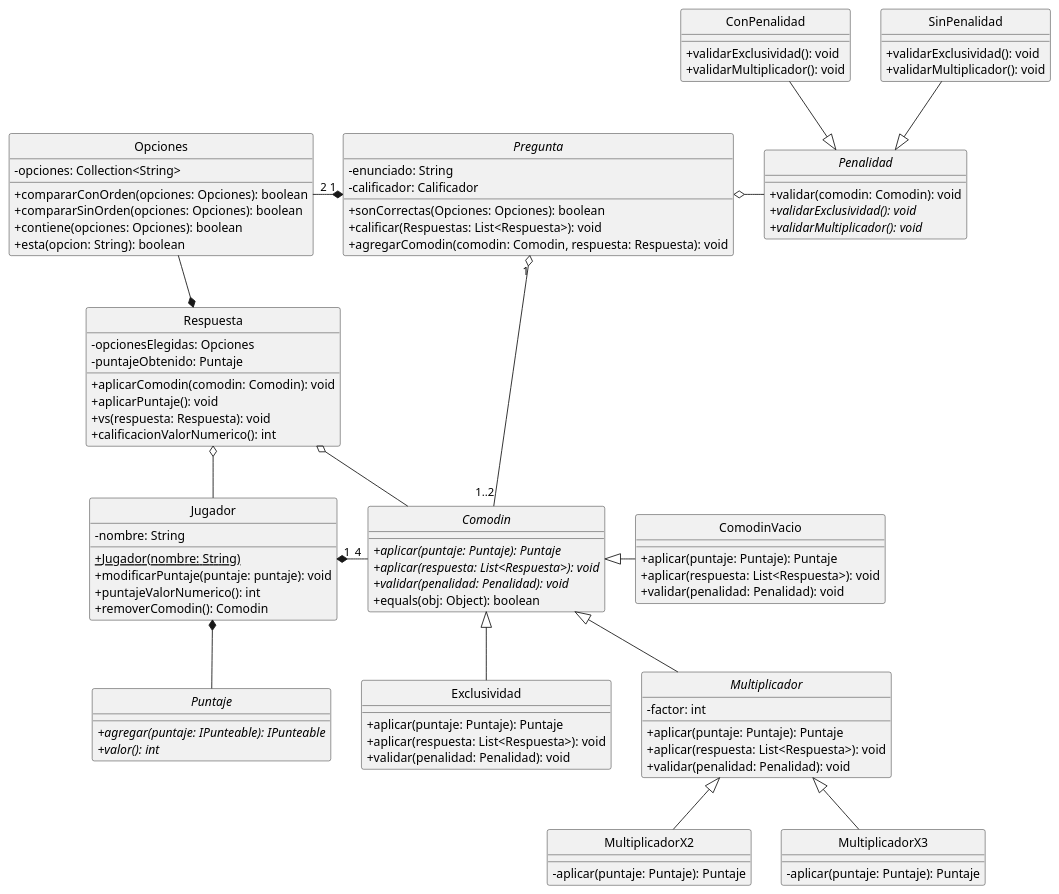
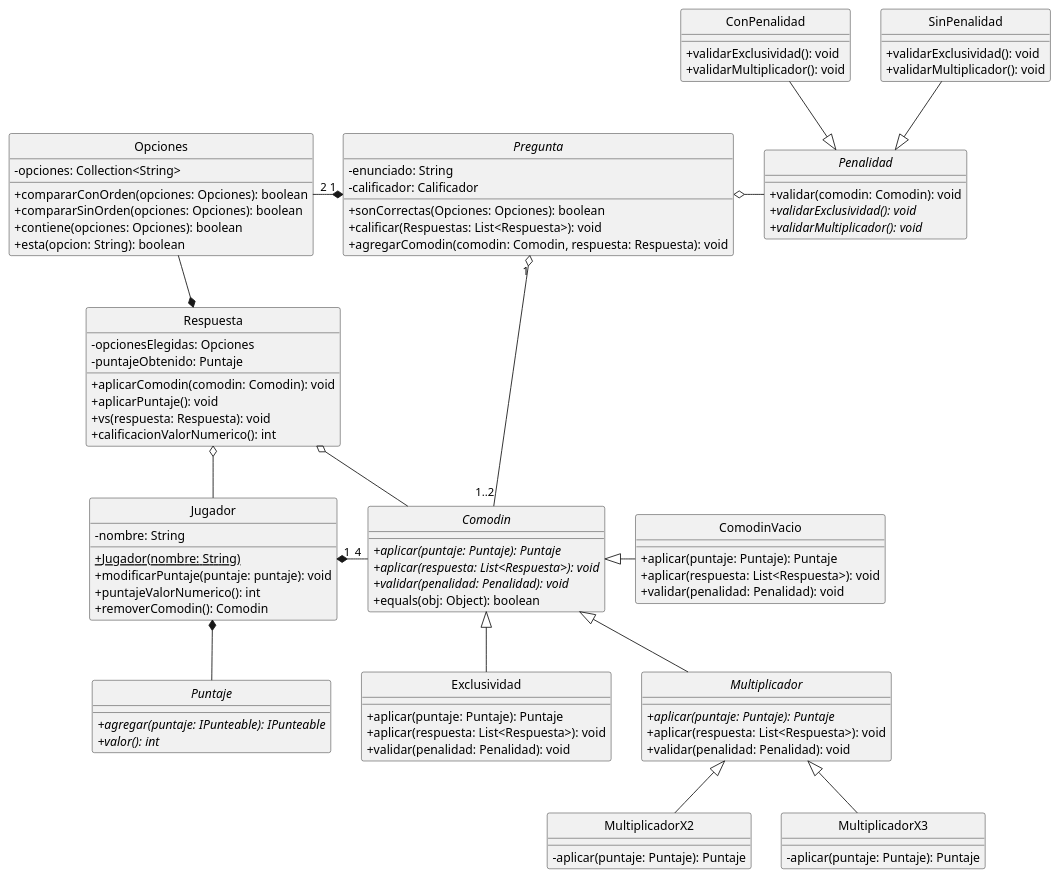
The diagram in src/main/java/edu/fiuba/algo3/Diagramas/puml/Comodines.puml (Alex1161/TP2), drawn with PlantUML before and after one commit.

Commit message:
Diagrama actualizado

```diff
--- a/src/main/java/edu/fiuba/algo3/Diagramas/puml/Comodines.puml
+++ b/src/main/java/edu/fiuba/algo3/Diagramas/puml/Comodines.puml
@@ -1,115 +1,114 @@
 @startuml
 hide circle
 skinparam classAttributeIconSize 0
 
 'Clases
 Class Opciones{
     -opciones: Collection<String>
     +compararConOrden(opciones: Opciones): boolean
     +compararSinOrden(opciones: Opciones): boolean
     +contiene(opciones: Opciones): boolean
     +esta(opcion: String): boolean
 }
 
 Abstract Class Pregunta{
     -enunciado: String
     -calificador: Calificador
     +sonCorrectas(Opciones: Opciones): boolean
     +calificar(Respuestas: List<Respuesta>): void
     +agregarComodin(comodin: Comodin, respuesta: Respuesta): void
 }
 
 Class Respuesta{
     -opcionesElegidas: Opciones
     -puntajeObtenido: Puntaje
     +aplicarComodin(comodin: Comodin): void
     +aplicarPuntaje(): void
     +vs(respuesta: Respuesta): void
     +calificacionValorNumerico(): int
 }
 
 Class Jugador{
     -nombre: String
     +{Static}Jugador(nombre: String)
     +modificarPuntaje(puntaje: puntaje): void
     +puntajeValorNumerico(): int
     +removerComodin(): Comodin
 }
 
 Interface Puntaje{
     +{abstract}agregar(puntaje: IPunteable): IPunteable
     +{abstract}valor(): int
 }
 
 Abstract Multiplicador{
-    -factor: int
-    +aplicar(puntaje: Puntaje): Puntaje
+    +{abstract}aplicar(puntaje: Puntaje): Puntaje
     +aplicar(respuesta: List<Respuesta>): void
     +validar(penalidad: Penalidad): void
 }
 
 Abstract Class Comodin{
     +{abstract}aplicar(puntaje: Puntaje): Puntaje
     +{abstract}aplicar(respuesta: List<Respuesta>): void
     +{abstract}validar(penalidad: Penalidad): void
     +equals(obj: Object): boolean
 }
 
 Class ComodinVacio{
     +aplicar(puntaje: Puntaje): Puntaje
     +aplicar(respuesta: List<Respuesta>): void
     +validar(penalidad: Penalidad): void
 }
 
 Class Exclusividad{
     +aplicar(puntaje: Puntaje): Puntaje
     +aplicar(respuesta: List<Respuesta>): void
     +validar(penalidad: Penalidad): void
 }
 
 Class MultiplicadorX2{
     -aplicar(puntaje: Puntaje): Puntaje
 }
 
 Class MultiplicadorX3{
     -aplicar(puntaje: Puntaje): Puntaje
 }
 
 Abstract Class Penalidad{
     +validar(comodin: Comodin): void
     +{abstract}validarExclusividad(): void
     +{abstract}validarMultiplicador(): void
 }
 
 Class ConPenalidad{
     +validarExclusividad(): void
     +validarMultiplicador(): void
 }
 
 Class SinPenalidad{
     +validarExclusividad(): void
     +validarMultiplicador(): void
 }
 
 'Relaciones
 Respuesta o-- Jugador
 Respuesta *-up- Opciones
 Respuesta o-- Comodin
 
 Pregunta "1" *-left- "2" Opciones
 Pregunta "1" o-- "1..2" Comodin
 Pregunta o-right- Penalidad
 
 ConPenalidad --|> Penalidad
 SinPenalidad --|> Penalidad
 
 Jugador *-- Puntaje
 
 Jugador "1" *-right- "4" Comodin
 Multiplicador -up-|> Comodin
 Exclusividad -up-|> Comodin
 MultiplicadorX2 -up-|> Multiplicador
 MultiplicadorX3 -up-|> Multiplicador
 ComodinVacio -left-|> Comodin
 
 @enduml
```
